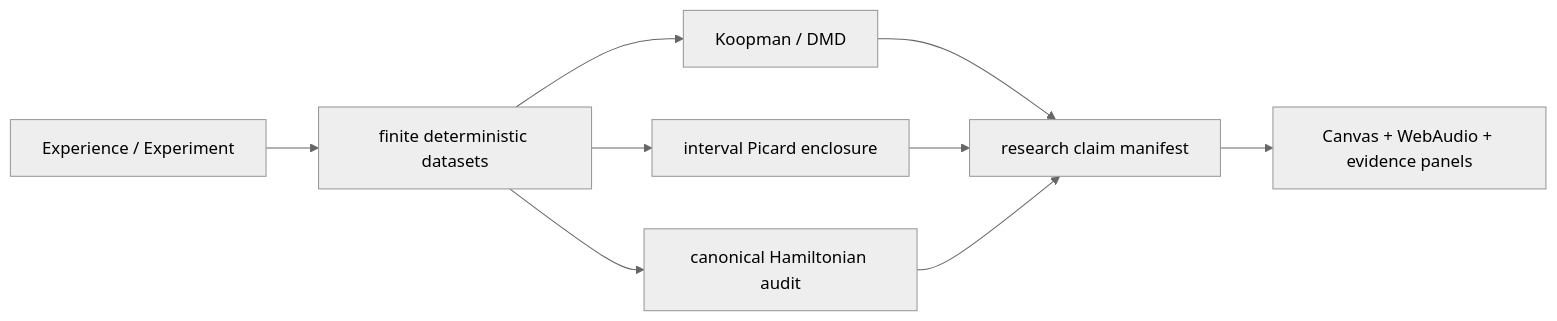
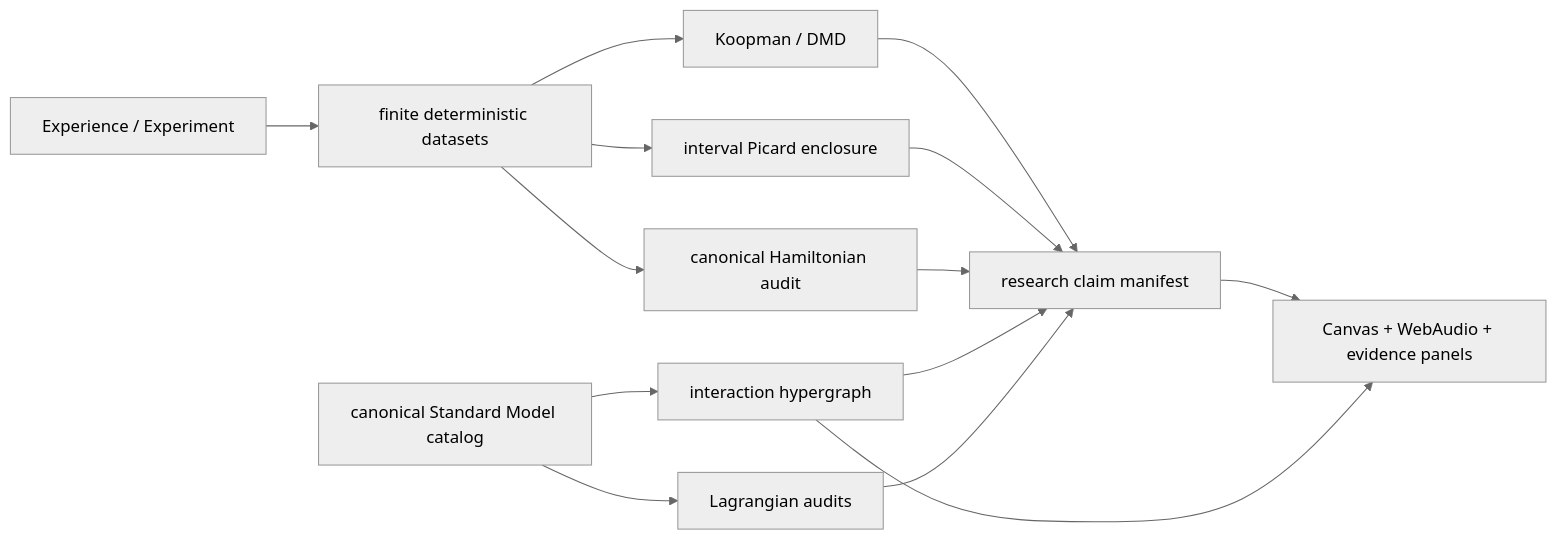
One commit to XioAISolutions/gaugegap-foundry changed the second of 8 diagrams in README.md. Above: the diagram before and after it, drawn with Mermaid (neutral theme). The commit also changed other lines of this file, not shown here.

Commit message:
docs: surface Lagrangian Forge in the visual README

````diff
--- a/README.md
+++ b/README.md
@@ -98,11 +103,16 @@
 ```mermaid
 flowchart LR
     MODE["Experience / Experiment"] --> DATA["finite deterministic datasets"]
+    SM["canonical Standard Model catalog"] --> GRAPH["interaction hypergraph"]
+    SM --> LA["Lagrangian audits"]
     DATA --> DMD["Koopman / DMD"]
     DATA --> IV["interval Picard enclosure"]
     DATA --> HAM["canonical Hamiltonian audit"]
     DMD --> MAN["research claim manifest"]
     IV --> MAN
     HAM --> MAN
+    GRAPH --> MAN
+    LA --> MAN
     MAN --> UI["Canvas + WebAudio + evidence panels"]
+    GRAPH --> UI
 ```
````
